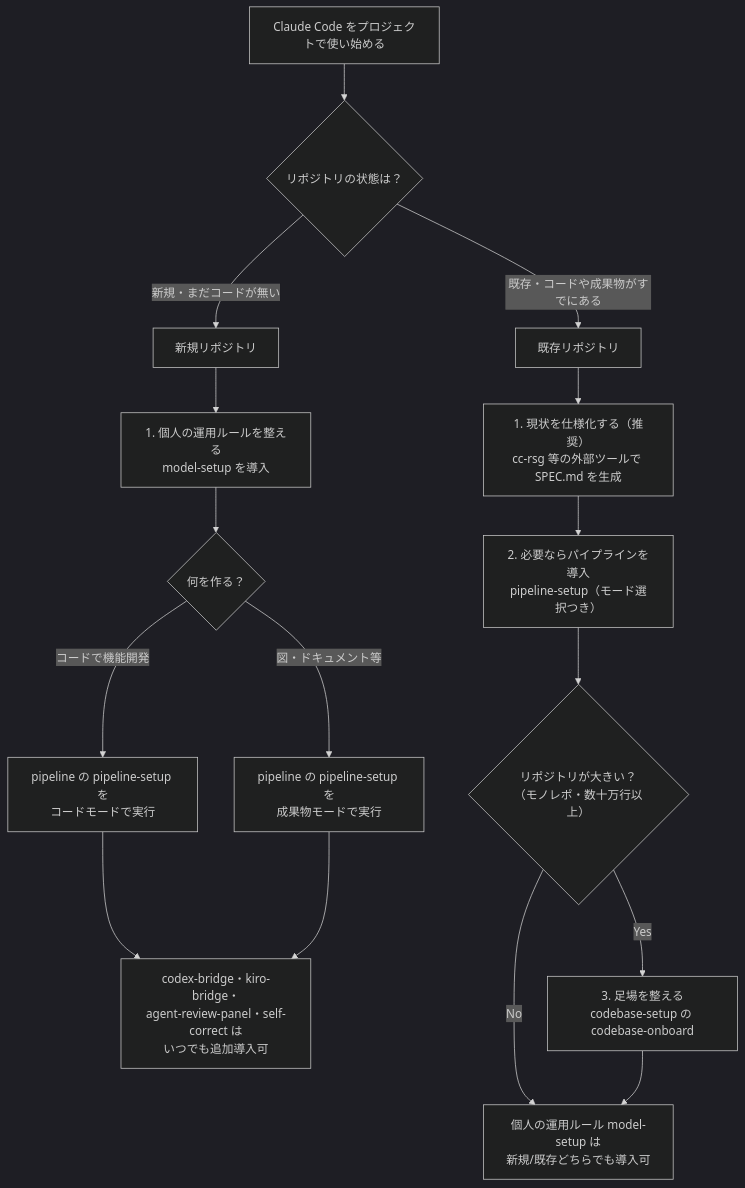
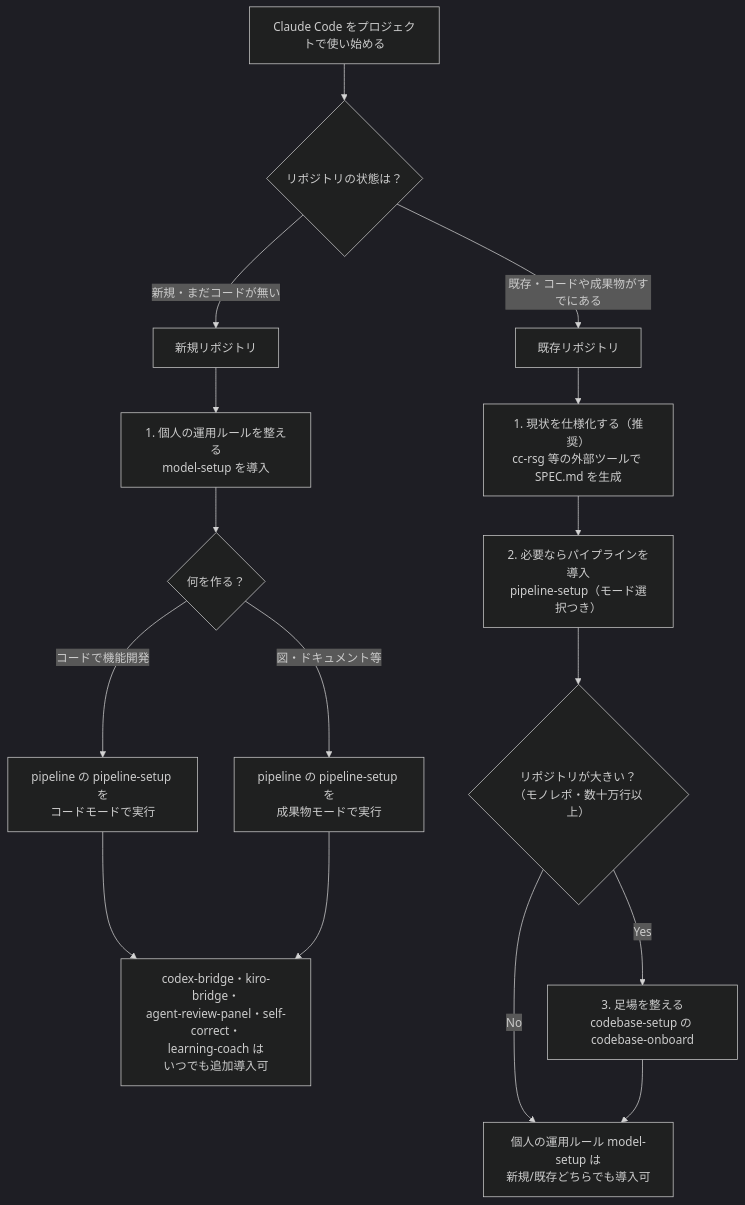
One commit to mrkxlia/claude-code-workbench-ja changed the first of 2 diagrams in README.md. Above: the diagram before and after it, drawn with Mermaid (dark theme). The commit also changed other lines of this file and 5 other files, not shown here.

First line of the commit message:
learning-coach の参照更新と決定記録を追加

````diff
--- a/README.md
+++ b/README.md
@@ -9,20 +9,20 @@
 ```mermaid
 flowchart TD
     Start["Claude Code をプロジェクトで使い始める"] --> Q{"リポジトリの状態は？"}
     Q -->|"新規・まだコードが無い"| New["新規リポジトリ"]
     Q -->|"既存・コードや成果物がすでにある"| Existing["既存リポジトリ"]
 
     New --> N1["1. 個人の運用ルールを整える<br/>model-setup を導入"]
     N1 --> N2{"何を作る？"}
     N2 -->|"コードで機能開発"| N3["pipeline の pipeline-setup を<br/>コードモードで実行"]
     N2 -->|"図・ドキュメント等"| N4["pipeline の pipeline-setup を<br/>成果物モードで実行"]
-    N3 --> N6["codex-bridge・kiro-bridge・<br/>agent-review-panel・self-correct は<br/>いつでも追加導入可"]
+    N3 --> N6["codex-bridge・kiro-bridge・<br/>agent-review-panel・self-correct・<br/>learning-coach は<br/>いつでも追加導入可"]
     N4 --> N6
 
     Existing --> E1["1. 現状を仕様化する（推奨）<br/>cc-rsg 等の外部ツールで SPEC.md を生成"]
     E1 --> E2["2. 必要ならパイプラインを導入<br/>pipeline-setup（モード選択つき）"]
     E2 --> E2b{"リポジトリが大きい？<br/>（モノレポ・数十万行以上）"}
     E2b -->|"Yes"| E2c["3. 足場を整える<br/>codebase-setup の codebase-onboard"]
     E2b -->|"No"| E3
     E2c --> E3["個人の運用ルール model-setup は<br/>新規/既存どちらでも導入可"]
 ```
````
